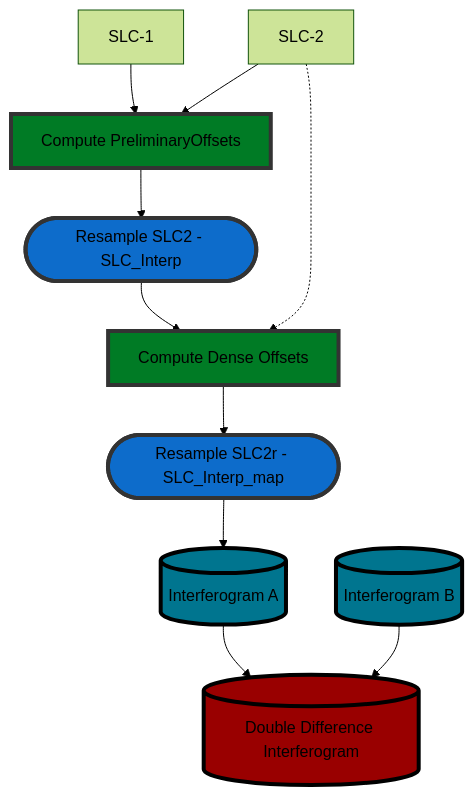
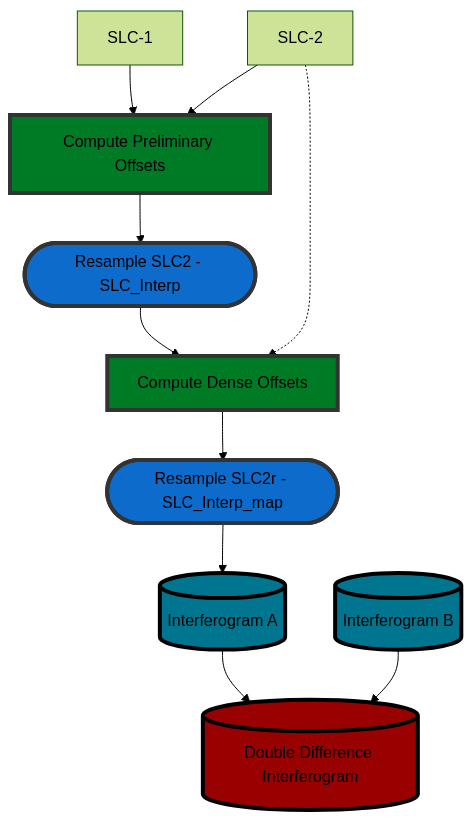
The diagram in README.md (eciraci/rcm_insar_proc), drawn with Mermaid (forest theme) before and after one commit. The commit also changed 2 other files, not shown here.

Commit message:
03/14/2023 - interf_param-compute: option added

````diff
--- a/README.md
+++ b/README.md
@@ -30,21 +30,21 @@
 ```mermaid
   graph TB;
       A[SLC-1]-->C[Preliminary Offsets];
       B[SLC-2]-->C;
       B-.->E
-      C[Compute PreliminaryOffsets]-->D;
+      C[Compute Preliminary Offsets]-->D;
       D([Resample SLC2 - SLC_Interp])-->E;
       E[Compute Dense Offsets]
       E-->F([Resample SLC2r - SLC_Interp_map]);
       F-->G[(Interferogram A)]-->I;
       H[(Interferogram B)] -->I;
       I[(Double Difference Interferogram)];
       style C fill:#007b25,stroke:#333,stroke-width:4px
       style D fill:#0d6ccb,stroke:#333,stroke-width:4px
       style E fill:#007b25,stroke:#333,stroke-width:4px
       style F fill:#0d6ccb,stroke:#333,stroke-width:4px
       style G fill:#00758f,stroke:#000000,stroke-width:4px
       style H fill:#00758f,stroke:#000000,stroke-width:4px
       style I fill:#990000,stroke:#000000,stroke-width:4px
 
 ```
````
